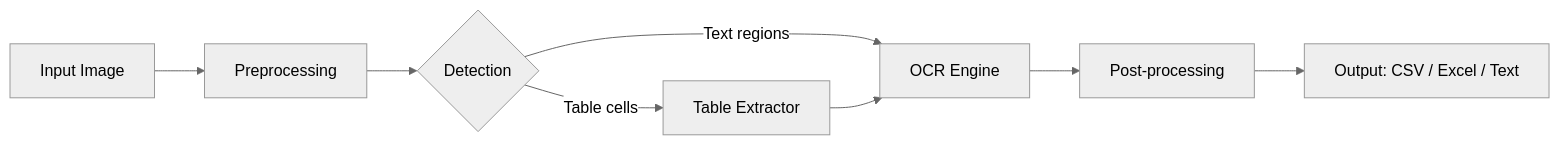
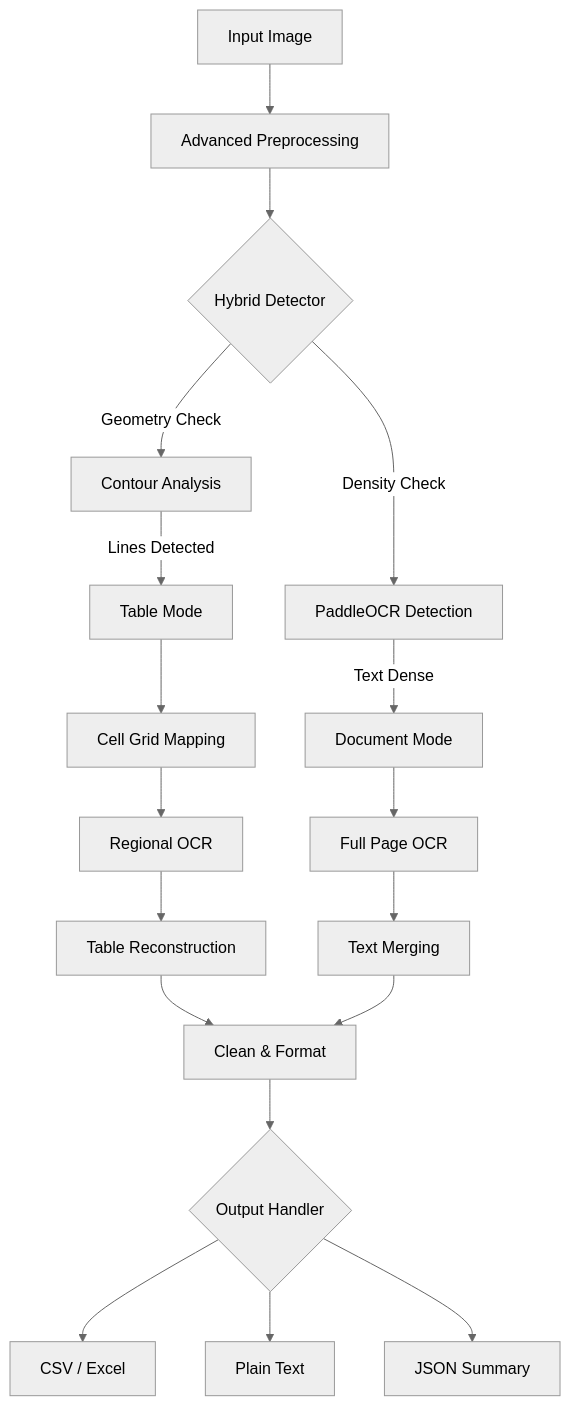
Before and after one commit to Aksh8t/OCR-YOLO: the diagram in README.md, drawn with Mermaid (neutral theme). The commit also changed other lines of this file, not shown here.

Commit message:
docs: overhaul README with detailed architecture and hybrid detection logic

````diff
--- a/README.md
+++ b/README.md
@@ -32,10 +16,26 @@
 ```mermaid
-flowchart LR
-    A[Input Image] --> B[Preprocessing]
-    B --> C{Detection}
-    C -->|Text regions| D[OCR Engine]
-    C -->|Table cells| E[Table Extractor]
-    E --> D
-    D --> F[Post-processing]
-    F --> G[Output: CSV / Excel / Text]
+graph TD
+    A[Input Image] --> B[Advanced Preprocessing]
+    B --> C{Hybrid Detector}
+    
+    C -->|Geometry Check| D[Contour Analysis]
+    C -->|Density Check| E[PaddleOCR Detection]
+    
+    D -->|Lines Detected| F[Table Mode]
+    E -->|Text Dense| G[Document Mode]
+    
+    F --> H[Cell Grid Mapping]
+    H --> I[Regional OCR]
+    I --> J[Table Reconstruction]
+    
+    G --> K[Full Page OCR]
+    K --> L[Text Merging]
+    
+    J --> M[Clean & Format]
+    L --> M
+    
+    M --> N{Output Handler}
+    N --> O[CSV / Excel]
+    N --> P[Plain Text]
+    N --> Q[JSON Summary]
 ```
````
